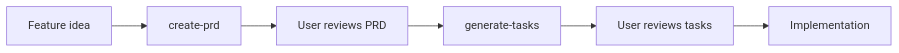
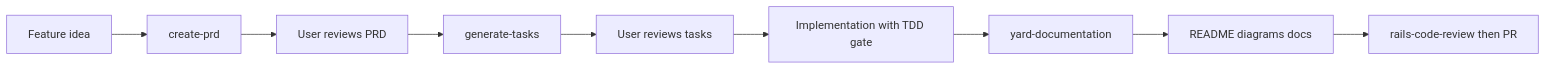
One commit to igmarin/my-RoR-personal-skills changed the first of 6 diagrams in docs/workflow-guide.md. Above: the diagram before and after it, drawn with Mermaid. The commit also changed other lines of this file and 6 other files, not shown here.

````diff
--- a/docs/workflow-guide.md
+++ b/docs/workflow-guide.md
@@ -22,8 +23,11 @@
 ```mermaid
 flowchart LR
     A[Feature idea] --> B[create-prd]
     B --> C[User reviews PRD]
     C --> D[generate-tasks]
     D --> E[User reviews tasks]
-    E --> F[Implementation]
+    E --> F[Implementation with TDD gate]
+    F --> G[yard-documentation]
+    G --> H[README diagrams docs]
+    H --> I[rails-code-review then PR]
 ```
````
